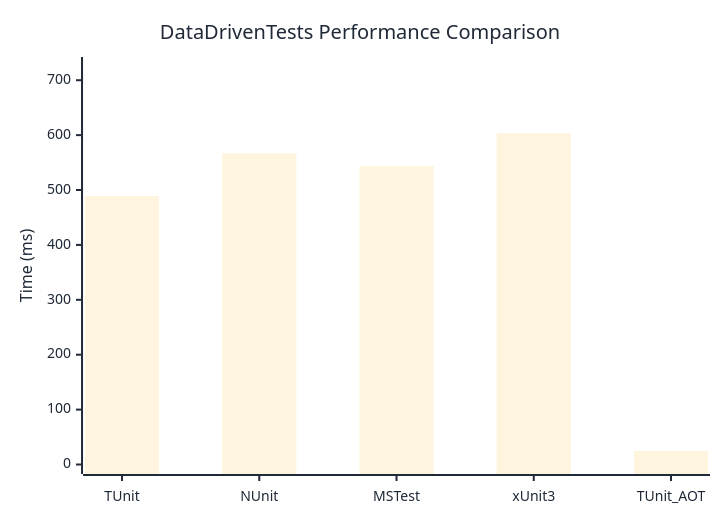
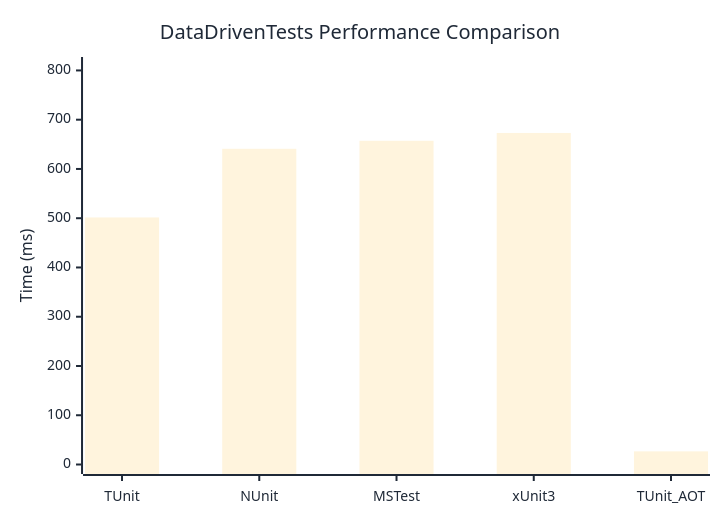
The diagram in docs/docs/benchmarks/DataDrivenTests.md (weiyilai/TUnit), drawn with Mermaid before and after one commit. The commit also changed other lines of this file and 16 other files, not shown here.

````diff
--- a/docs/docs/benchmarks/DataDrivenTests.md
+++ b/docs/docs/benchmarks/DataDrivenTests.md
@@ -27,37 +27,37 @@
 ```mermaid
 %%{init: {
   'theme':'base',
   'themeVariables': {
     'primaryColor': '#2563eb',
     'primaryTextColor': '#1f2937',
     'primaryBorderColor': '#1e40af',
     'lineColor': '#6b7280',
     'secondaryColor': '#7c3aed',
     'tertiaryColor': '#dc2626',
     'background': '#ffffff',
     'mainBkg': '#2563eb',
     'secondBkg': '#7c3aed',
     'tertiaryBkg': '#dc2626',
     'clusterBkg': '#f3f4f6',
     'edgeLabelBackground': '#ffffff',
     'tertiaryTextColor': '#1f2937',
     'pie1': '#2563eb',
     'pie2': '#7c3aed',
     'pie3': '#dc2626',
     'pie4': '#f59e0b',
     'pie5': '#10b981',
     'pie6': '#06b6d4',
     'pie7': '#ec4899',
     'pie8': '#6366f1',
     'pie9': '#84cc16',
     'pie10': '#f97316',
     'pie11': '#14b8a6',
     'pie12': '#a855f7'
   }
 }}%%
 xychart-beta
   title "DataDrivenTests Performance Comparison"
   x-axis ["TUnit", "NUnit", "MSTest", "xUnit3", "TUnit_AOT"]
-  y-axis "Time (ms)" 0 --> 725
-  bar [489.17, 566.83, 543.44, 603.52, 24.78]
+  y-axis "Time (ms)" 0 --> 808
+  bar [501.57, 640.95, 657.2, 673.08, 26.7]
 ```
````
